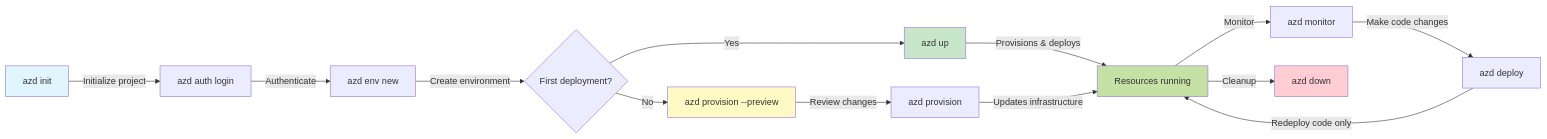
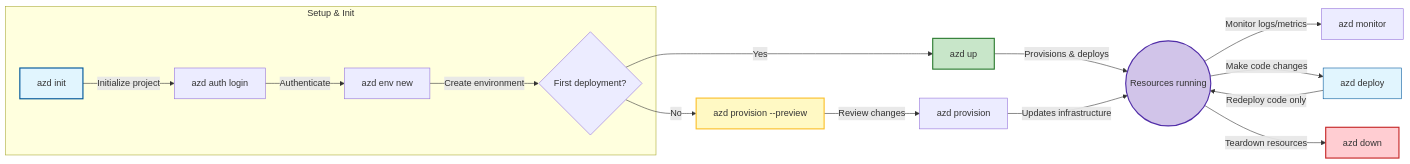
Before and after one commit to microsoft/AZD-for-beginners: the first of 2 diagrams in docs/chapter-01-foundation/azd-basics.md, drawn with Mermaid.

Commit message:
Enhance AZD workflow diagram with subgraphs
Added subgraphs for setup, deployment, operational phases, and daily dev loop in the AZD development workflow diagram.
https://github.com/microsoft/AZD-for-beginners/blob/main/docs/chapter-01-foundation/azd-basics.md
#PingMSFTDocs

````diff
--- a/docs/chapter-01-foundation/azd-basics.md
+++ b/docs/chapter-01-foundation/azd-basics.md
@@ -269,21 +269,36 @@
 ```mermaid
 graph LR
-    A[azd init] -->|Initialize project| B[azd auth login]
-    B -->|Authenticate| C[azd env new]
-    C -->|Create environment| D{First deployment?}
+    %% Initialization Phase
+    subgraph Setup & Init
+        A[azd init] -->|Initialize project| B[azd auth login]
+        B -->|Authenticate| C[azd env new]
+        C -->|Create environment| D{First deployment?}
+    end
+
+    %% Deployment Phase
     D -->|Yes| E[azd up]
     D -->|No| F[azd provision --preview]
+    
     F -->|Review changes| G[azd provision]
-    E -->|Provisions & deploys| H[Resources running]
+    
+    %% Operational Phase
+    E -->|Provisions & deploys| H((Resources running))
     G -->|Updates infrastructure| H
-    H -->|Monitor| I[azd monitor]
-    I -->|Make code changes| J[azd deploy]
-    J -->|Redeploy code only| H
-    H -->|Cleanup| K[azd down]
     
-    style A fill:#e1f5fe
-    style E fill:#c8e6c9
-    style F fill:#fff9c4
-    style H fill:#c5e1a5
-    style K fill:#ffcdd2
+    H -->|Monitor logs/metrics| I[azd monitor]
+    
+    %% Daily Dev Loop
+    J[azd deploy] -->|Redeploy code only| H
+    H -->|Make code changes| J
+    
+    %% Cleanup
+    H -->|Teardown resources| K[azd down]
+
+    %% Styling
+    style A fill:#e1f5fe,stroke:#01579b,stroke-width:2px
+    style E fill:#c8e6c9,stroke:#2e7d32,stroke-width:2px
+    style F fill:#fff9c4,stroke:#fbc02d,stroke-width:2px
+    style H fill:#d1c4e9,stroke:#512da8,stroke-width:2px
+    style J fill:#e1f5fe,stroke:#01579b,stroke-width:1px
+    style K fill:#ffcdd2,stroke:#c62828,stroke-width:2px
 ```
````
